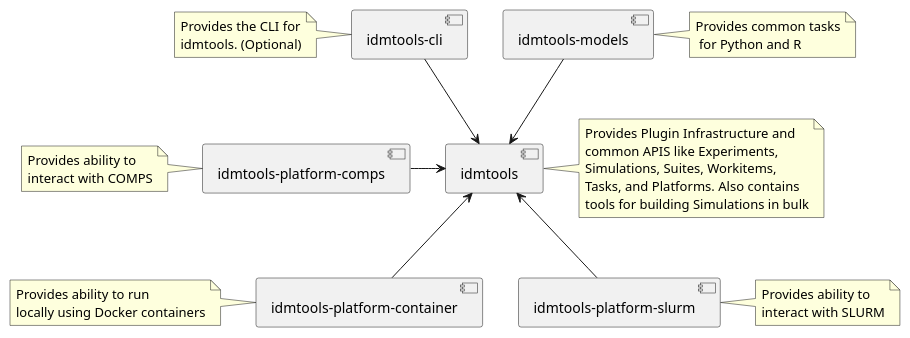
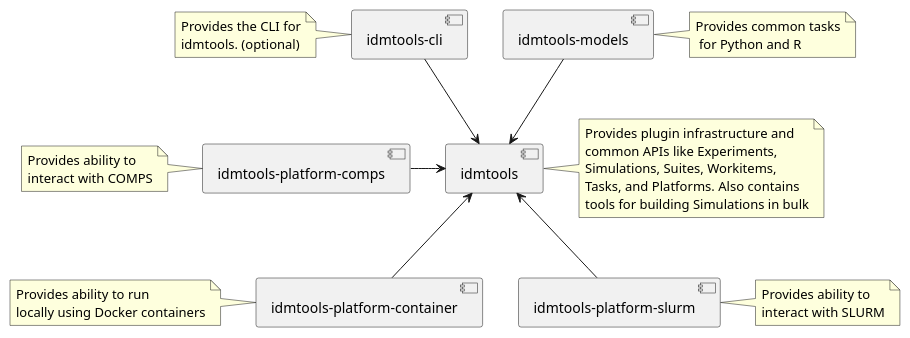
One commit to InstituteforDiseaseModeling/idmtools changed the diagram in docs/diagrams/packages_overview.puml. Above: the diagram before and after it, drawn with PlantUML.

```diff
--- a/docs/diagrams/packages_overview.puml
+++ b/docs/diagrams/packages_overview.puml
@@ -1,43 +1,43 @@
 @startuml
 
 [idmtools]
 note right of idmtools
-Provides Plugin Infrastructure and
-common APIS like Experiments,
+Provides plugin infrastructure and
+common APIs like Experiments,
 Simulations, Suites, Workitems,
 Tasks, and Platforms. Also contains
 tools for building Simulations in bulk
 end note
 [idmtools-cli]
 note left of [idmtools-cli]
     Provides the CLI for
-    idmtools. (Optional)
+    idmtools. (optional)
 end note
 [idmtools-models]
 note right of [idmtools-models]
     Provides common tasks
      for Python and R
 end note
 [idmtools-platform-comps]
 note left of [idmtools-platform-comps]
     Provides ability to
     interact with COMPS
 end note
 [idmtools-platform-container]
 note left of [idmtools-platform-container]
     Provides ability to run
     locally using Docker containers
 end note
 [idmtools-platform-slurm]
 note right of [idmtools-platform-slurm]
     Provides ability to 
     interact with SLURM
 end note
 
 [idmtools-cli] --> [idmtools]
 [idmtools-models] --> [idmtools]
 [idmtools-platform-comps] -> idmtools
 [idmtools-platform-container] -up-> idmtools
 [idmtools-platform-slurm] -up-> idmtools
 
 @enduml
```
